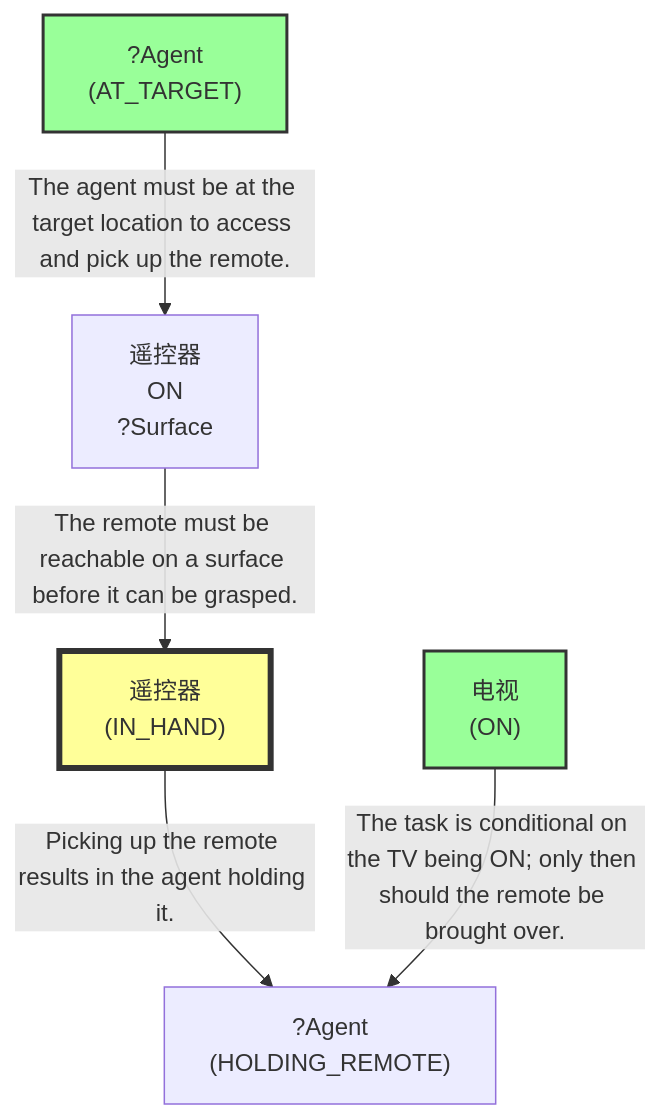
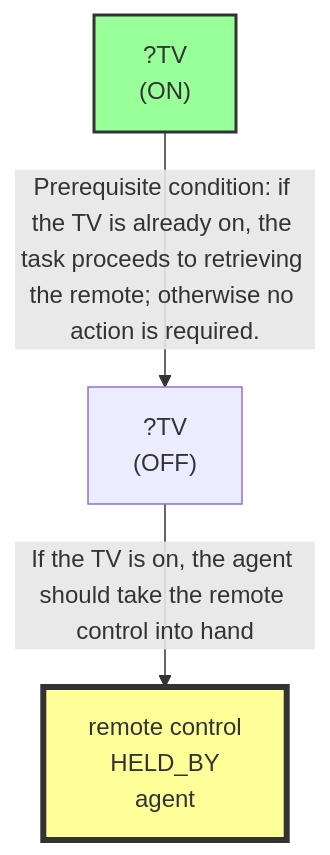
Before and after one commit to scuama/virtualhome: the first of 5 diagrams in agent/results/success/M1_01/run_M1_01.md, drawn with Mermaid. The commit also changed other lines of this file and 20 other files, not shown here.

````diff
--- a/agent/results/success/M1_01/run_M1_01.md
+++ b/agent/results/success/M1_01/run_M1_01.md
@@ -80,15 +112,10 @@
 ```mermaid
 graph TD
-    N1["电视<br>(ON)"]
+    N1["?TV<br>(ON)"]
     style N1 fill:#9f9,stroke:#333,stroke-width:2px
-    N2["遥控器<br>ON<br>?Surface"]
-    N3["遥控器<br>(IN_HAND)"]
+    N2["?TV<br>(OFF)"]
+    N3["remote control<br>HELD_BY<br>agent"]
     style N3 fill:#ff9,stroke:#333,stroke-width:4px
-    N4["?Agent<br>(AT_TARGET)"]
-    style N4 fill:#9f9,stroke:#333,stroke-width:2px
-    N5["?Agent<br>(HOLDING_REMOTE)"]
-    N4 -->|"The agent must be at the target location to access and pick up the remote."| N2
-    N2 -->|"The remote must be reachable on a surface before it can be grasped."| N3
-    N3 -->|"Picking up the remote results in the agent holding it."| N5
-    N1 -->|"The task is conditional on the TV being ON; only then should the remote be brought over."| N5
+    N1 -->|"Prerequisite condition: if the TV is already on, the task proceeds to retrieving the remote; otherwise no action is required."| N2
+    N2 -->|"If the TV is on, the agent should take the remote control into hand"| N3
 ```
````
